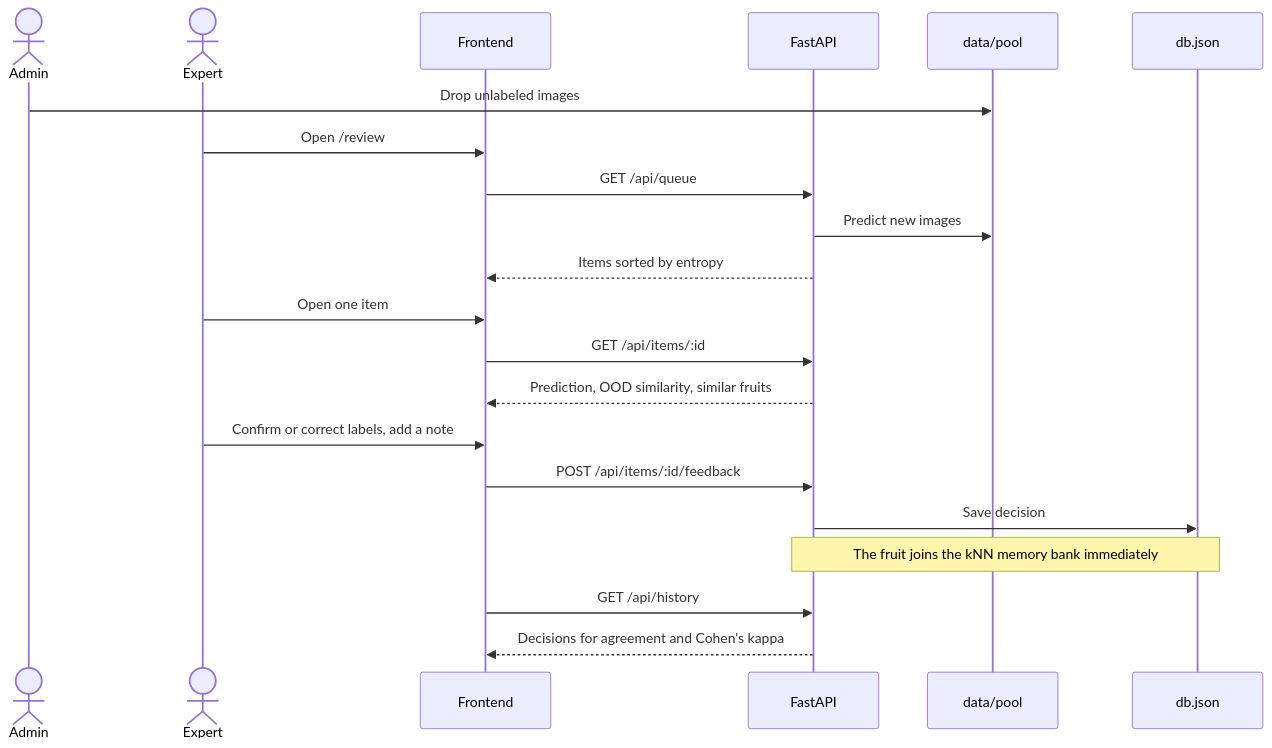
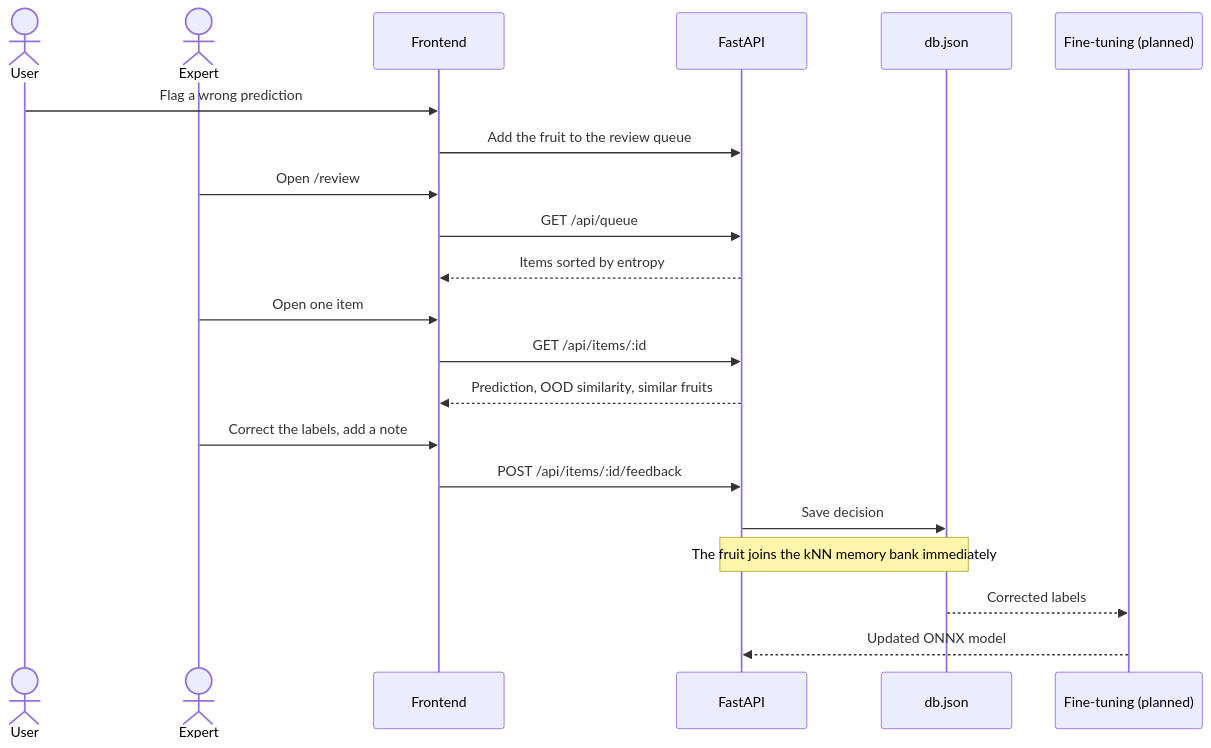
Before and after one commit to nikopolistico/MSIT-THESIS: the third of 4 diagrams in README.md, drawn with Mermaid. The commit also changed other lines of this file, not shown here.

````diff
--- a/README.md
+++ b/README.md
@@ -222,24 +242,24 @@
 ```mermaid
 sequenceDiagram
-    actor Admin
+    actor User
     actor Expert
     participant UI as Frontend
     participant API as FastAPI
-    participant Pool as data/pool
     participant DB as db.json
+    participant FT as Fine-tuning (planned)
 
-    Admin->>Pool: Drop unlabeled images
+    User->>UI: Flag a wrong prediction
+    UI->>API: Add the fruit to the review queue
     Expert->>UI: Open /review
     UI->>API: GET /api/queue
-    API->>Pool: Predict new images
     API-->>UI: Items sorted by entropy
     Expert->>UI: Open one item
     UI->>API: GET /api/items/:id
     API-->>UI: Prediction, OOD similarity, similar fruits
-    Expert->>UI: Confirm or correct labels, add a note
+    Expert->>UI: Correct the labels, add a note
     UI->>API: POST /api/items/:id/feedback
     API->>DB: Save decision
     Note over API,DB: The fruit joins the kNN memory bank immediately
-    UI->>API: GET /api/history
-    API-->>UI: Decisions for agreement and Cohen's kappa
+    DB-->>FT: Corrected labels
+    FT-->>API: Updated ONNX model
 ```
````
